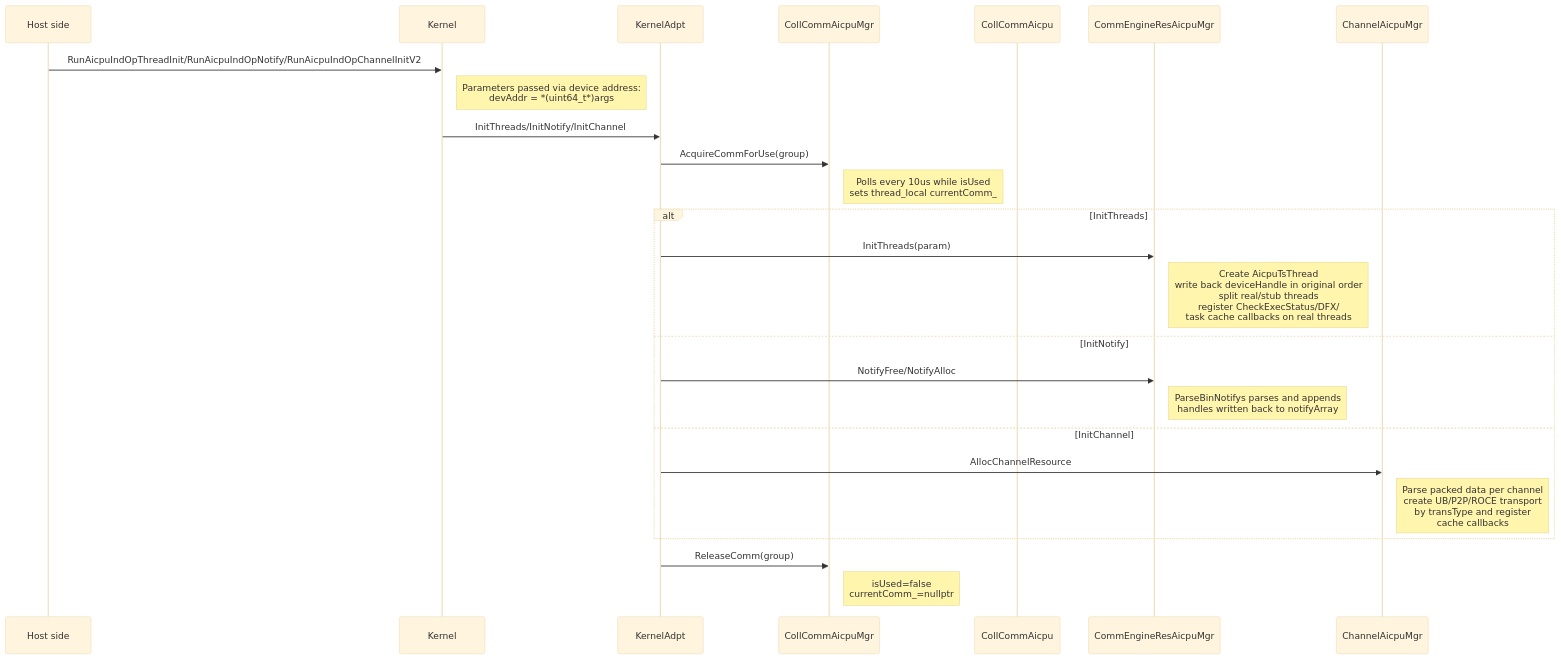
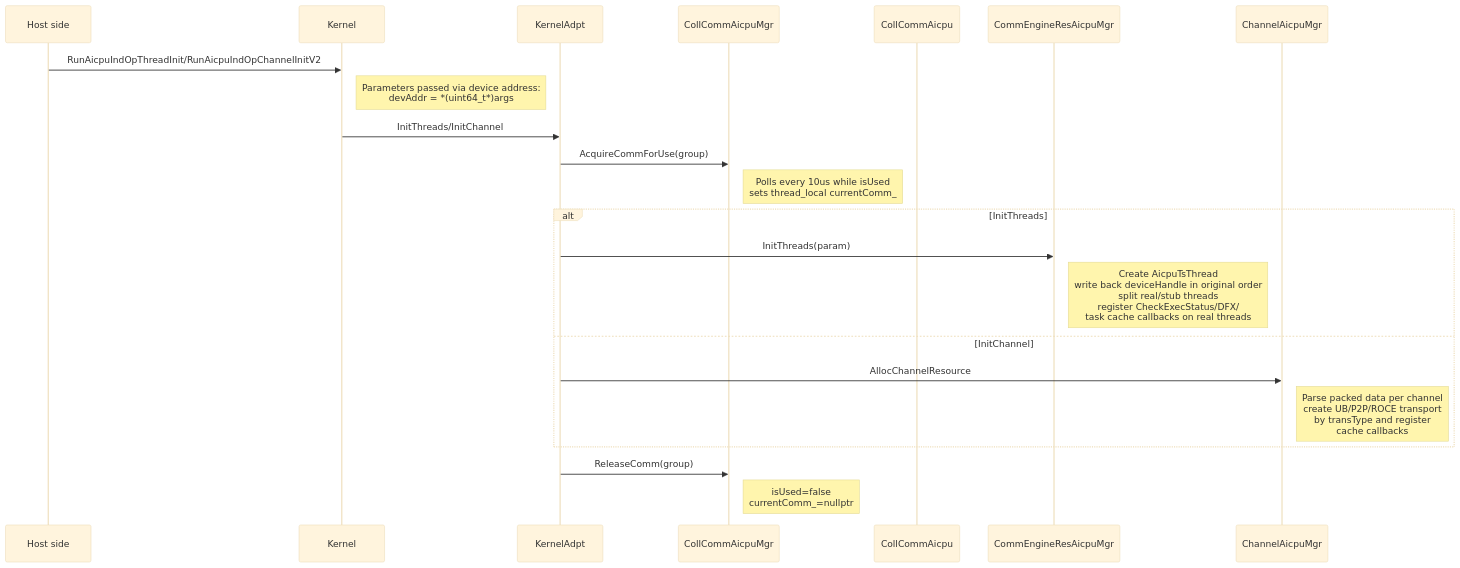
The fifth of 12 diagrams in src/coll_communicator_mgr/communicator/communicator_en.md (Atlas-Ascend-Fork/hcomm), drawn with Mermaid (base theme) before and after one commit. The commit also changed other lines of this file and 48 other files, not shown here.

````diff
--- a/src/coll_communicator_mgr/communicator/communicator_en.md
+++ b/src/coll_communicator_mgr/communicator/communicator_en.md
@@ -270,31 +264,28 @@
 ```mermaid
 sequenceDiagram
     participant Host side
     participant Kernel
     participant KernelAdpt
     participant CollCommAicpuMgr
     participant CollCommAicpu
     participant CommEngineResAicpuMgr
     participant ChannelAicpuMgr
 
-    Host side->>Kernel: RunAicpuIndOpThreadInit/RunAicpuIndOpNotify/RunAicpuIndOpChannelInitV2
+    Host side->>Kernel: RunAicpuIndOpThreadInit/RunAicpuIndOpChannelInitV2
     Note right of Kernel: Parameters passed via device address:<br/>devAddr = *(uint64_t*)args
 
-    Kernel->>KernelAdpt: InitThreads/InitNotify/InitChannel
+    Kernel->>KernelAdpt: InitThreads/InitChannel
     KernelAdpt->>CollCommAicpuMgr: AcquireCommForUse(group)
     Note right of CollCommAicpuMgr: Polls every 10us while isUsed<br/>sets thread_local currentComm_
 
     alt InitThreads
         KernelAdpt->>CommEngineResAicpuMgr: InitThreads(param)
         Note right of CommEngineResAicpuMgr: Create AicpuTsThread<br/>write back deviceHandle in original order<br/>split real/stub threads<br/>register CheckExecStatus/DFX/<br/>task cache callbacks on real threads
-    else InitNotify
-        KernelAdpt->>CommEngineResAicpuMgr: NotifyFree/NotifyAlloc
-        Note right of CommEngineResAicpuMgr: ParseBinNotifys parses and appends<br/>handles written back to notifyArray
     else InitChannel
         KernelAdpt->>ChannelAicpuMgr: AllocChannelResource
         Note right of ChannelAicpuMgr: Parse packed data per channel<br/>create UB/P2P/ROCE transport<br/>by transType and register<br/>cache callbacks
     end
 
     KernelAdpt->>CollCommAicpuMgr: ReleaseComm(group)
     Note right of CollCommAicpuMgr: isUsed=false<br/>currentComm_=nullptr
 ```
````
